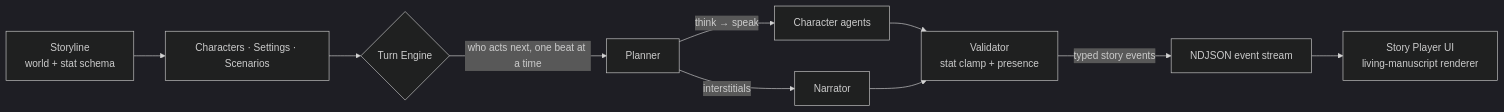
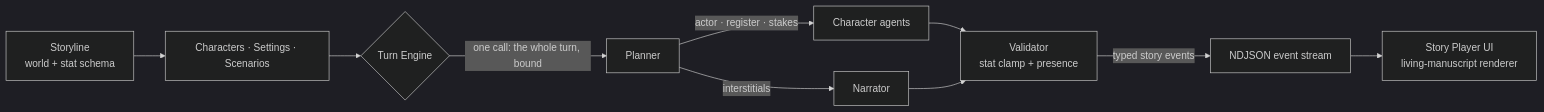
Before and after one commit to brendondgr/Mytheca: the diagram in README.md, drawn with Mermaid (dark theme). The commit also changed other lines of this file and 18 other files, not shown here.

````diff
--- a/README.md
+++ b/README.md
@@ -33,11 +62,11 @@
 ```mermaid
 flowchart LR
     A[Storyline<br/>world + stat schema] --> B[Characters · Settings · Scenarios]
     B --> C{Turn Engine}
-    C -->|who acts next, one beat at a time| D[Planner]
-    D -->|think → speak| E[Character agents]
+    C -->|one call: the whole turn, bound| D[Planner]
+    D -->|actor · register · stakes| E[Character agents]
     D -->|interstitials| F[Narrator]
     E & F --> G[Validator<br/>stat clamp + presence]
     G -->|typed story events| H[NDJSON event stream]
     H --> I[Story Player UI<br/>living-manuscript renderer]
 ```
````
